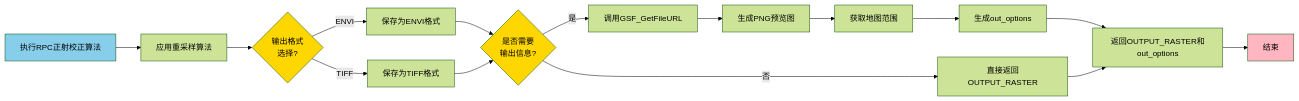
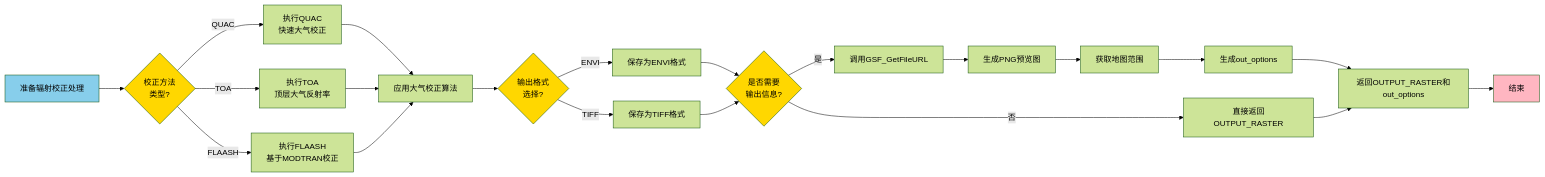
One commit to fashionfu/ENVI_IDL changed the second of 6 diagrams in 学习过程/12月第二周工作计划.md. Above: the diagram before and after it, drawn with Mermaid (forest theme). The commit also changed other lines of this file, not shown here.

````diff
--- a/学习过程/12月第二周工作计划.md
+++ b/学习过程/12月第二周工作计划.md
@@ -142,22 +143,29 @@
 ```mermaid
 flowchart LR
-    A[执行RPC正射校正算法] --> B[应用重采样算法]
-    B --> C{输出格式<br/>选择?}
-    C -->|ENVI| D[保存为ENVI格式]
-    C -->|TIFF| E[保存为TIFF格式]
-    D --> F{是否需要<br/>输出信息?}
+    A[准备辐射校正处理] --> B{校正方法<br/>类型?}
+    B -->|QUAC| C[执行QUAC<br/>快速大气校正]
+    B -->|TOA| D[执行TOA<br/>顶层大气反射率]
+    B -->|FLAASH| E[执行FLAASH<br/>基于MODTRAN校正]
+    C --> F[应用大气校正算法]
+    D --> F
     E --> F
-    F -->|是| G[调用GSF_GetFileURL]
-    G --> H[生成PNG预览图]
-    H --> I[获取地图范围]
-    I --> J[生成out_options]
-    F -->|否| K[直接返回OUTPUT_RASTER]
-    J --> L[返回OUTPUT_RASTER和out_options]
-    K --> L
-    L --> M[结束]
+    F --> G{输出格式<br/>选择?}
+    G -->|ENVI| H[保存为ENVI格式]
+    G -->|TIFF| I[保存为TIFF格式]
+    H --> J{是否需要<br/>输出信息?}
+    I --> J
+    J -->|是| K[调用GSF_GetFileURL]
+    K --> L[生成PNG预览图]
+    L --> M[获取地图范围]
+    M --> N[生成out_options]
+    J -->|否| O[直接返回OUTPUT_RASTER]
+    N --> P[返回OUTPUT_RASTER和out_options]
+    O --> P
+    P --> Q[结束]
     
     style A fill:#87CEEB
-    style M fill:#FFB6C1
-    style C fill:#FFD700
-    style F fill:#FFD700
+    style Q fill:#FFB6C1
+    style B fill:#FFD700
+    style G fill:#FFD700
+    style J fill:#FFD700
 ```
````
